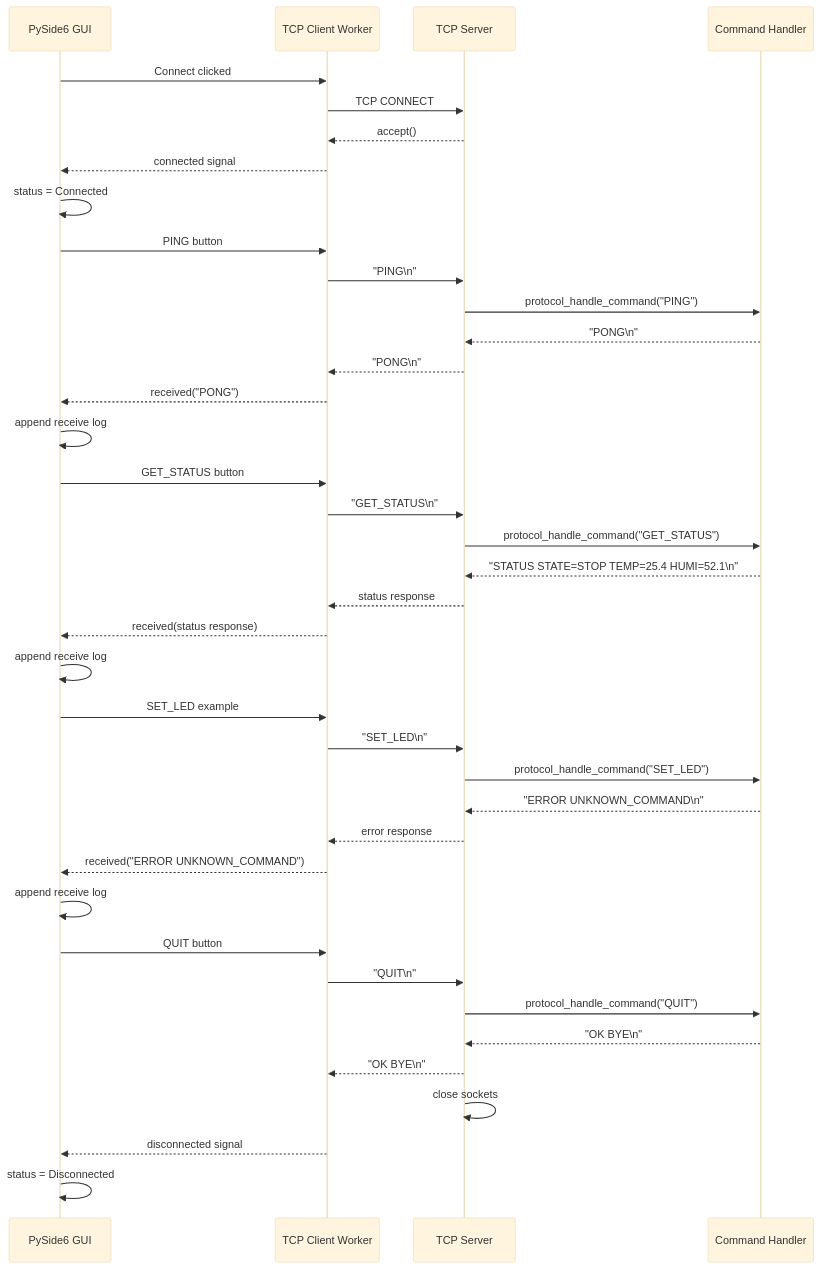
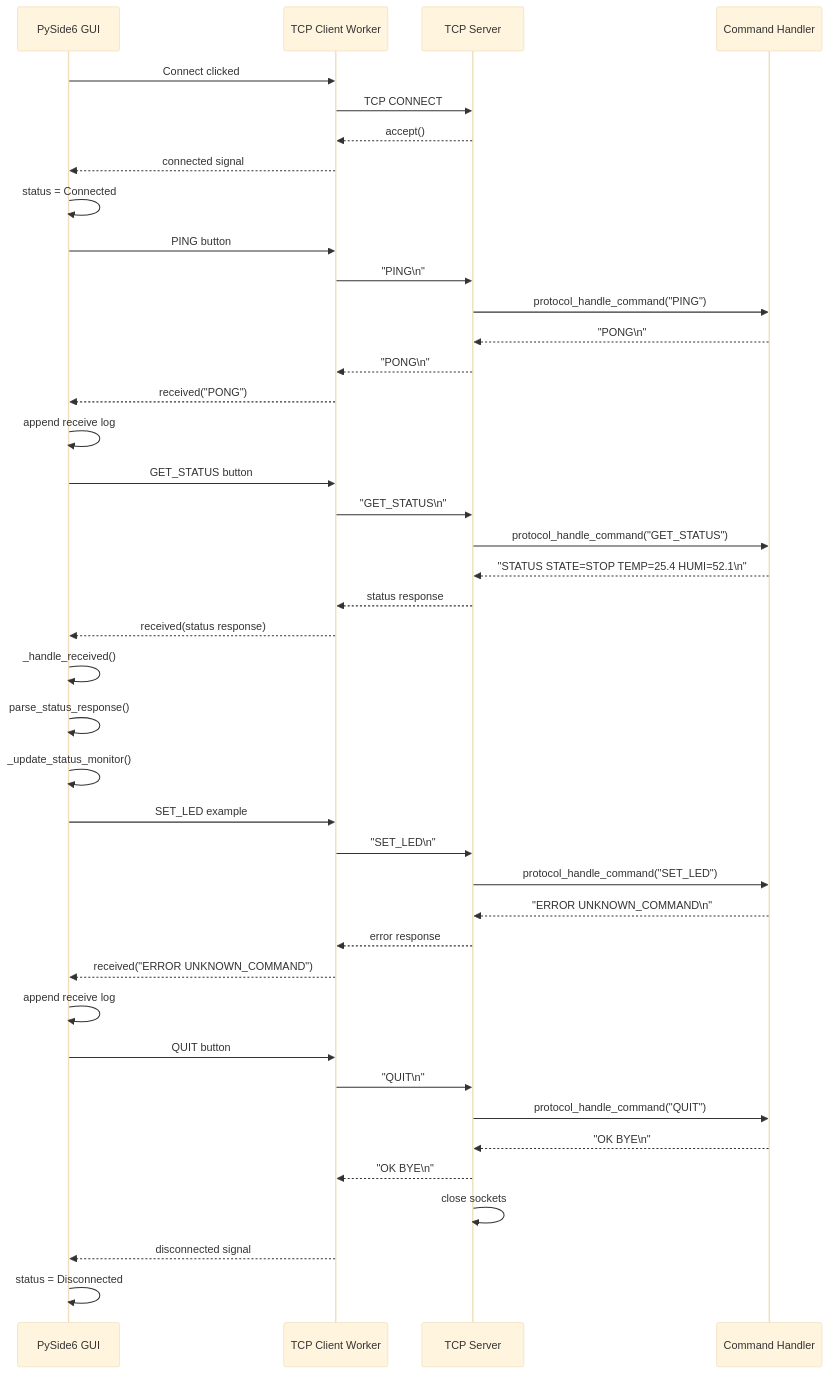
One commit to u27947ffd7j678Organization/tcp-socket-control-system changed the third of 3 diagrams in README.md. Above: the diagram before and after it, drawn with Mermaid (base theme). The commit also changed other lines of this file and 8 other files, not shown here.

Commit message:
feat: add GUI status monitor

````diff
--- a/README.md
+++ b/README.md
@@ -168,46 +172,48 @@
 ```mermaid
 sequenceDiagram
     participant GUI as PySide6 GUI
     participant Client as TCP Client Worker
     participant Server as TCP Server
     participant Handler as Command Handler
 
     GUI->>Client: Connect clicked
     Client->>Server: TCP CONNECT
     Server-->>Client: accept()
     Client-->>GUI: connected signal
     GUI->>GUI: status = Connected
 
     GUI->>Client: PING button
     Client->>Server: "PING\n"
     Server->>Handler: protocol_handle_command("PING")
     Handler-->>Server: "PONG\n"
     Server-->>Client: "PONG\n"
     Client-->>GUI: received("PONG")
     GUI->>GUI: append receive log
 
     GUI->>Client: GET_STATUS button
     Client->>Server: "GET_STATUS\n"
     Server->>Handler: protocol_handle_command("GET_STATUS")
     Handler-->>Server: "STATUS STATE=STOP TEMP=25.4 HUMI=52.1\n"
     Server-->>Client: status response
     Client-->>GUI: received(status response)
-    GUI->>GUI: append receive log
+    GUI->>GUI: _handle_received()
+    GUI->>GUI: parse_status_response()
+    GUI->>GUI: _update_status_monitor()
 
     GUI->>Client: SET_LED example
     Client->>Server: "SET_LED\n"
     Server->>Handler: protocol_handle_command("SET_LED")
     Handler-->>Server: "ERROR UNKNOWN_COMMAND\n"
     Server-->>Client: error response
     Client-->>GUI: received("ERROR UNKNOWN_COMMAND")
     GUI->>GUI: append receive log
 
     GUI->>Client: QUIT button
     Client->>Server: "QUIT\n"
     Server->>Handler: protocol_handle_command("QUIT")
     Handler-->>Server: "OK BYE\n"
     Server-->>Client: "OK BYE\n"
     Server->>Server: close sockets
     Client-->>GUI: disconnected signal
     GUI->>GUI: status = Disconnected
 ```
````
